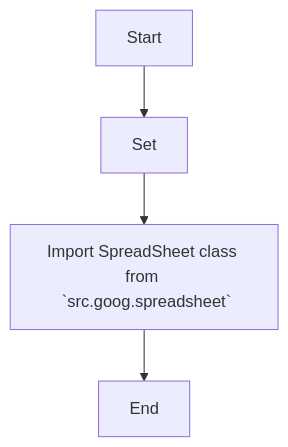
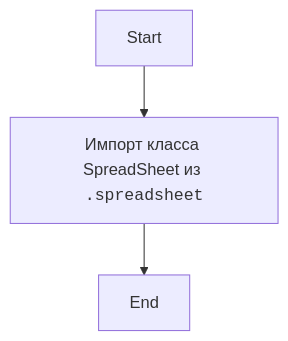
The diagram in docs/gemini/ru/explainer/src/goog/__init__.py.md (hypo69/hypo), drawn with Mermaid before and after one commit. The commit also changed other lines of this file and 1505 other files, not shown here.

````diff
--- a/docs/gemini/ru/explainer/src/goog/__init__.py.md
+++ b/docs/gemini/ru/explainer/src/goog/__init__.py.md
@@ -19,6 +12,5 @@
 ```mermaid
 flowchart TD
-    Start --> SetMode[Set ]
-    SetMode --> ImportSpreadsheet[Import SpreadSheet class from <br> `src.goog.spreadsheet`]
+    Start --> ImportSpreadsheet[Импорт класса SpreadSheet из <br><code>.spreadsheet</code>]
     ImportSpreadsheet --> End
 ```
````
